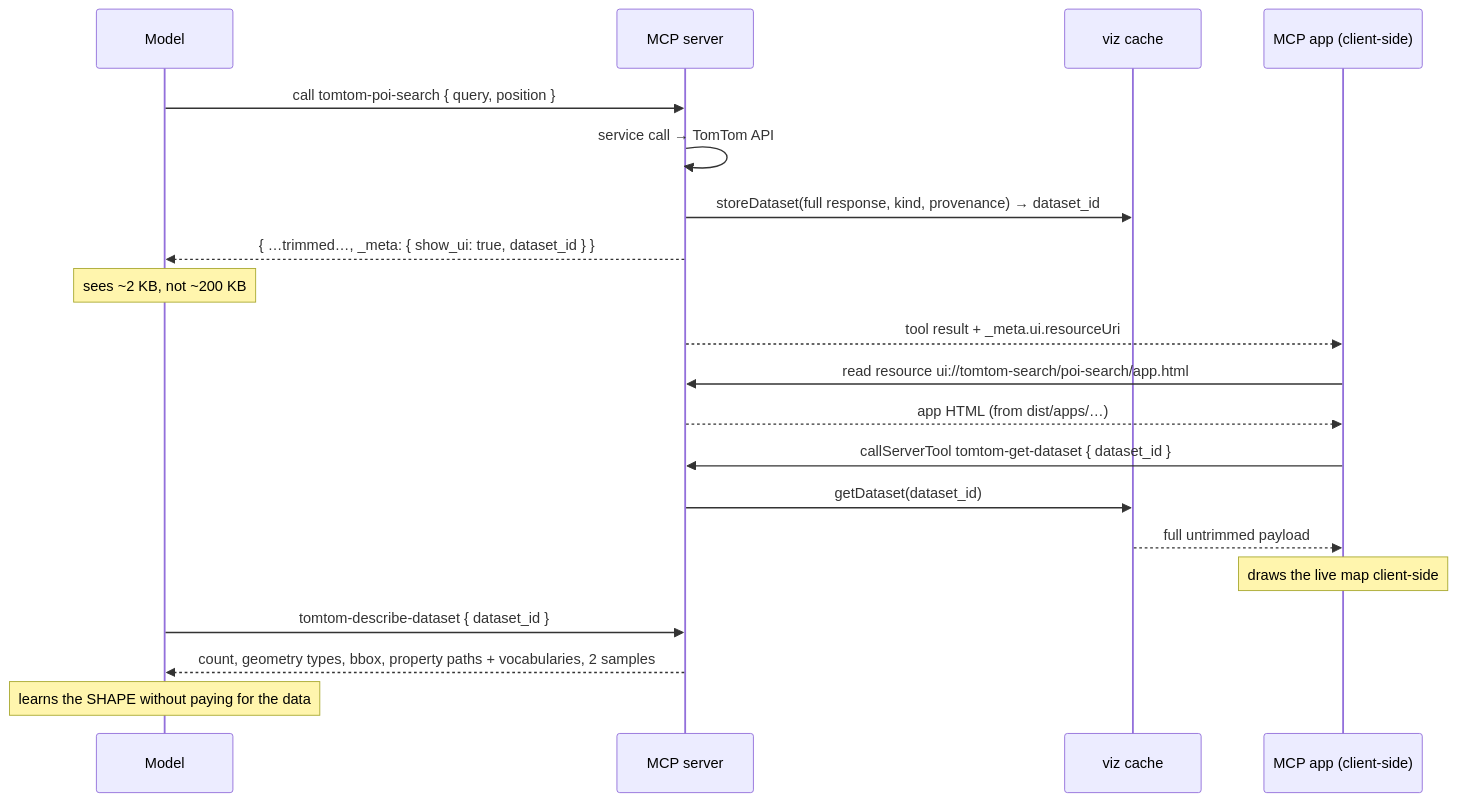
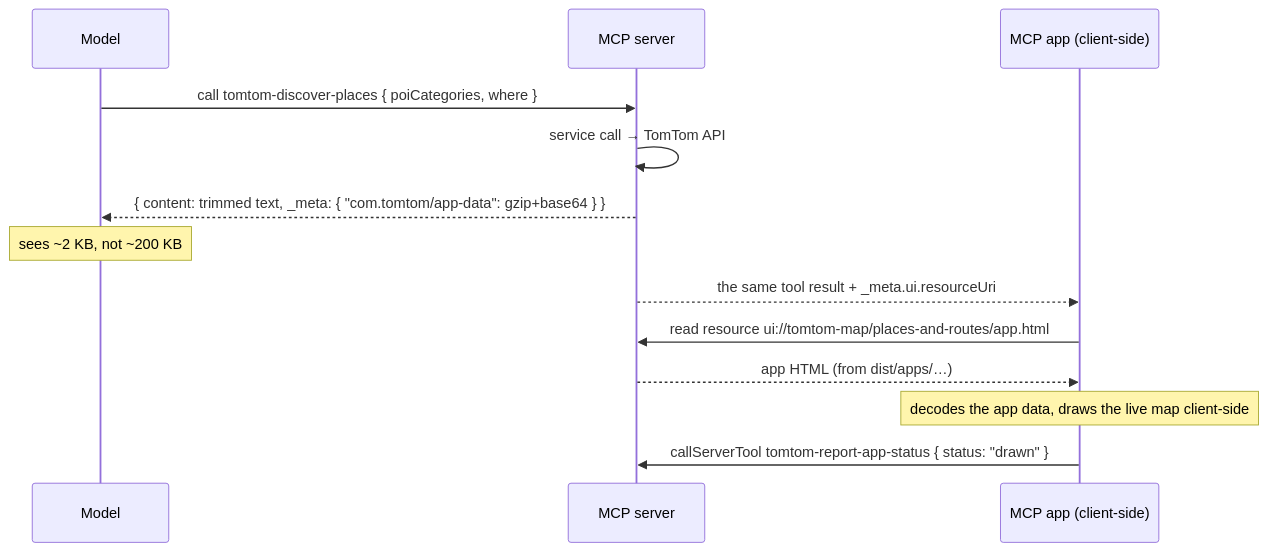
One commit to tomtom-international/tomtom-maps-mcp changed the second of 5 diagrams in docs/tools-architecture.md. Above: the diagram before and after it, drawn with Mermaid. The commit also changed other lines of this file and 21 other files, not shown here.

````diff
--- a/docs/tools-architecture.md
+++ b/docs/tools-architecture.md
@@ -53,25 +44,17 @@
 ```mermaid
 sequenceDiagram
   participant M as Model
   participant S as MCP server
-  participant C as viz cache
   participant A as MCP app (client-side)
 
-  M->>S: call tomtom-poi-search { query, position }
+  M->>S: call tomtom-discover-places { poiCategories, where }
   S->>S: service call → TomTom API
-  S->>C: storeDataset(full response, kind, provenance) → dataset_id
-  S-->>M: { …trimmed…, _meta: { show_ui: true, dataset_id } }
+  S-->>M: { content: trimmed text, _meta: { "com.tomtom/app-data": gzip+base64 } }
   Note over M: sees ~2 KB, not ~200 KB
 
-  S-->>A: tool result + _meta.ui.resourceUri
-  A->>S: read resource ui://tomtom-search/poi-search/app.html
+  S-->>A: the same tool result + _meta.ui.resourceUri
+  A->>S: read resource ui://tomtom-map/places-and-routes/app.html
   S-->>A: app HTML (from dist/apps/…)
-  A->>S: callServerTool tomtom-get-dataset { dataset_id }
-  S->>C: getDataset(dataset_id)
-  C-->>A: full untrimmed payload
-  Note over A: draws the live map client-side
-
-  M->>S: tomtom-describe-dataset { dataset_id }
-  S-->>M: count, geometry types, bbox, property paths + vocabularies, 2 samples
-  Note over M: learns the SHAPE without paying for the data
+  Note over A: decodes the app data, draws the live map client-side
+  A->>S: callServerTool tomtom-report-app-status { status: "drawn" }
 ```
````
